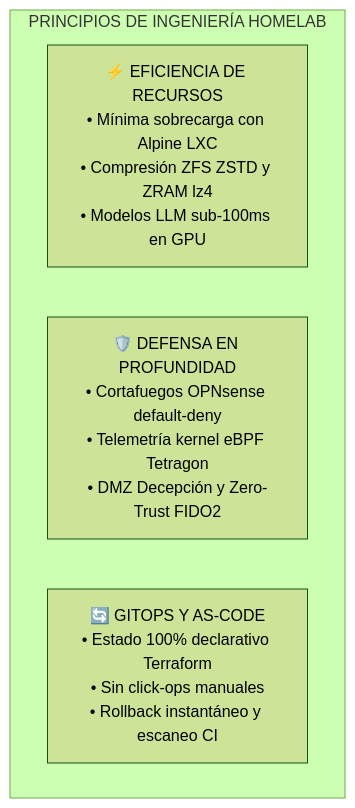
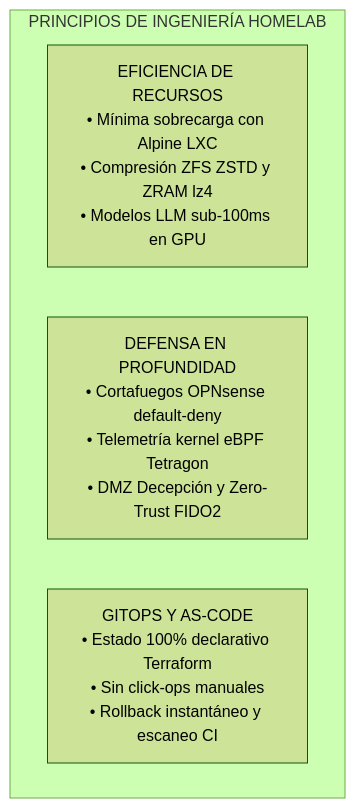
One commit to stefanutc1/datacenter changed the first of 3 diagrams in README.es.md. Above: the diagram before and after it, drawn with Mermaid (forest theme). The commit also changed other lines of this file and 7 other files, not shown here.

````diff
--- a/README.es.md
+++ b/README.es.md
@@ -54,9 +54,9 @@
 ```mermaid
 flowchart LR
-    subgraph Principles["PRINCIPIOS DE INGENIERÍA HOMELAB"]
-        direction LR
-        P1["⚡ EFICIENCIA DE RECURSOS<br/>• Mínima sobrecarga con Alpine LXC<br/>• Compresión ZFS ZSTD y ZRAM lz4<br/>• Modelos LLM sub-100ms en GPU"]
-        P2["🛡️ DEFENSA EN PROFUNDIDAD<br/>• Cortafuegos OPNsense default-deny<br/>• Telemetría kernel eBPF Tetragon<br/>• DMZ Decepción y Zero-Trust FIDO2"]
-        P3["🔄 GITOPS Y AS-CODE<br/>• Estado 100% declarativo Terraform<br/>• Sin click-ops manuales<br/>• Rollback instantáneo y escaneo CI"]
-    end
+ subgraph Principles["PRINCIPIOS DE INGENIERÍA HOMELAB"]
+ direction LR
+ P1["EFICIENCIA DE RECURSOS<br/>• Mínima sobrecarga con Alpine LXC<br/>• Compresión ZFS ZSTD y ZRAM lz4<br/>• Modelos LLM sub-100ms en GPU"]
+ P2["DEFENSA EN PROFUNDIDAD<br/>• Cortafuegos OPNsense default-deny<br/>• Telemetría kernel eBPF Tetragon<br/>• DMZ Decepción y Zero-Trust FIDO2"]
+ P3["GITOPS Y AS-CODE<br/>• Estado 100% declarativo Terraform<br/>• Sin click-ops manuales<br/>• Rollback instantáneo y escaneo CI"]
+ end
 ```
````
